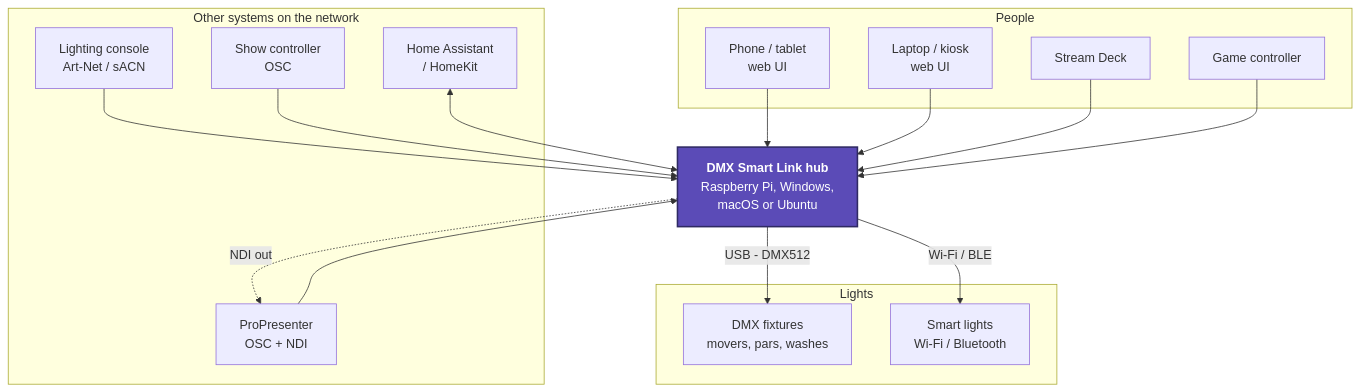
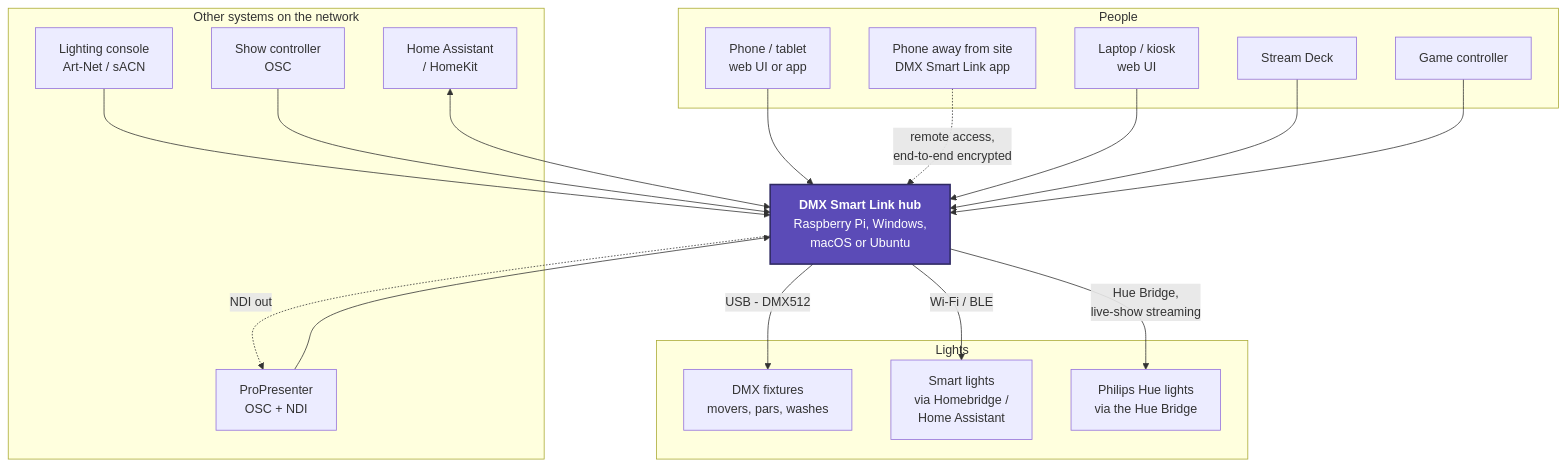
The first of 9 diagrams in docs/ARCHITECTURE.md (WhiteCrowSecurity/DMXSmartLink), drawn with Mermaid before and after one commit. The commit also changed other lines of this file and 11 other files, not shown here.

First line of the commit message:
docs: remote access, QR pairing, Hue live shows and MIDI for 2026.10.07.0005

````diff
--- a/docs/ARCHITECTURE.md
+++ b/docs/ARCHITECTURE.md
@@ -11,39 +11,43 @@
 ```mermaid
 graph TB
     subgraph operators["People"]
-        PHONE["Phone / tablet<br/>web UI"]
+        PHONE["Phone / tablet<br/>web UI or app"]
+        AWAY["Phone away from site<br/>DMX Smart Link app"]
         DESK["Laptop / kiosk<br/>web UI"]
         DECK["Stream Deck"]
         PAD["Game controller"]
     end
 
     subgraph external["Other systems on the network"]
         CONSOLE["Lighting console<br/>Art-Net / sACN"]
         PP["ProPresenter<br/>OSC + NDI"]
         SHOW["Show controller<br/>OSC"]
         HA["Home Assistant<br/>/ HomeKit"]
     end
 
     HUB["<b>DMX Smart Link hub</b><br/>Raspberry Pi, Windows,<br/>macOS or Ubuntu"]
 
     subgraph lights["Lights"]
         DMX["DMX fixtures<br/>movers, pars, washes"]
-        SMART["Smart lights<br/>Wi-Fi / Bluetooth"]
+        SMART["Smart lights<br/>via Homebridge /<br/>Home Assistant"]
+        HUE["Philips Hue lights<br/>via the Hue Bridge"]
     end
 
     PHONE --> HUB
+    AWAY -.->|"remote access,<br/>end-to-end encrypted"| HUB
     DESK --> HUB
     DECK --> HUB
     PAD --> HUB
     CONSOLE --> HUB
     PP --> HUB
     SHOW --> HUB
     HA <--> HUB
 
     HUB -->|USB - DMX512| DMX
     HUB -->|Wi-Fi / BLE| SMART
+    HUB -->|"Hue Bridge,<br/>live-show streaming"| HUE
     HUB -.->|NDI out| PP
 
     classDef hub fill:#5b4bb7,stroke:#2f2a63,color:#fff,stroke-width:2px
     class HUB hub
 ```
````
